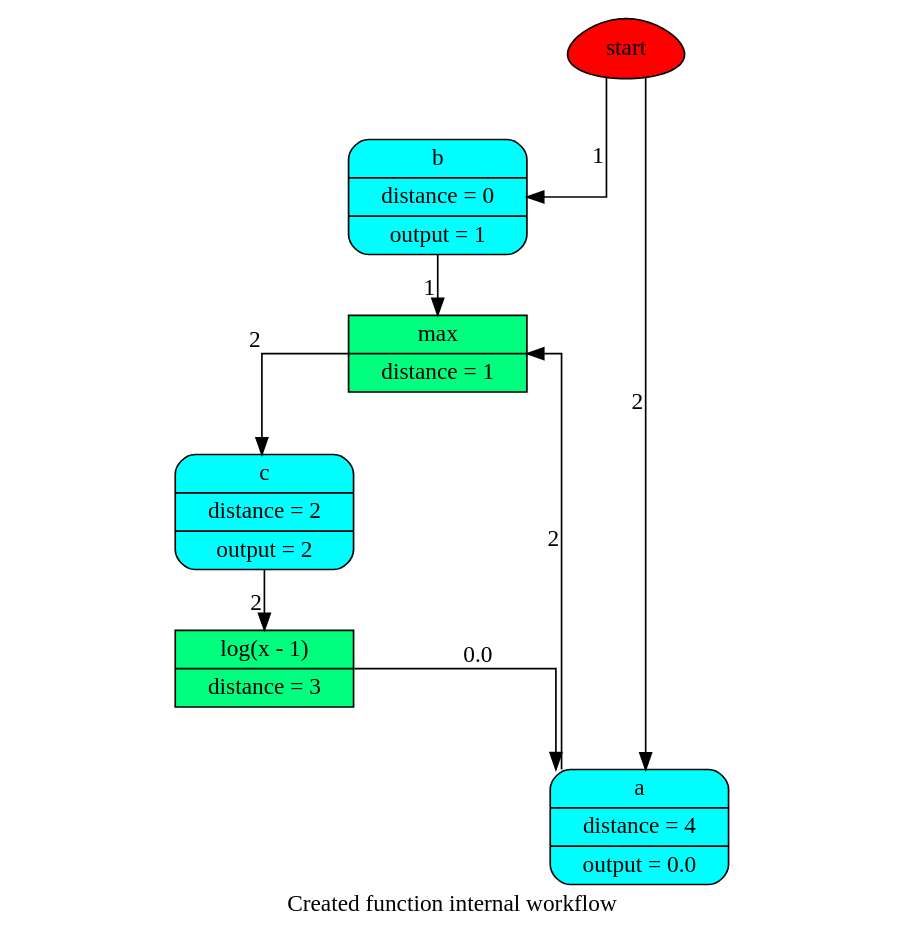
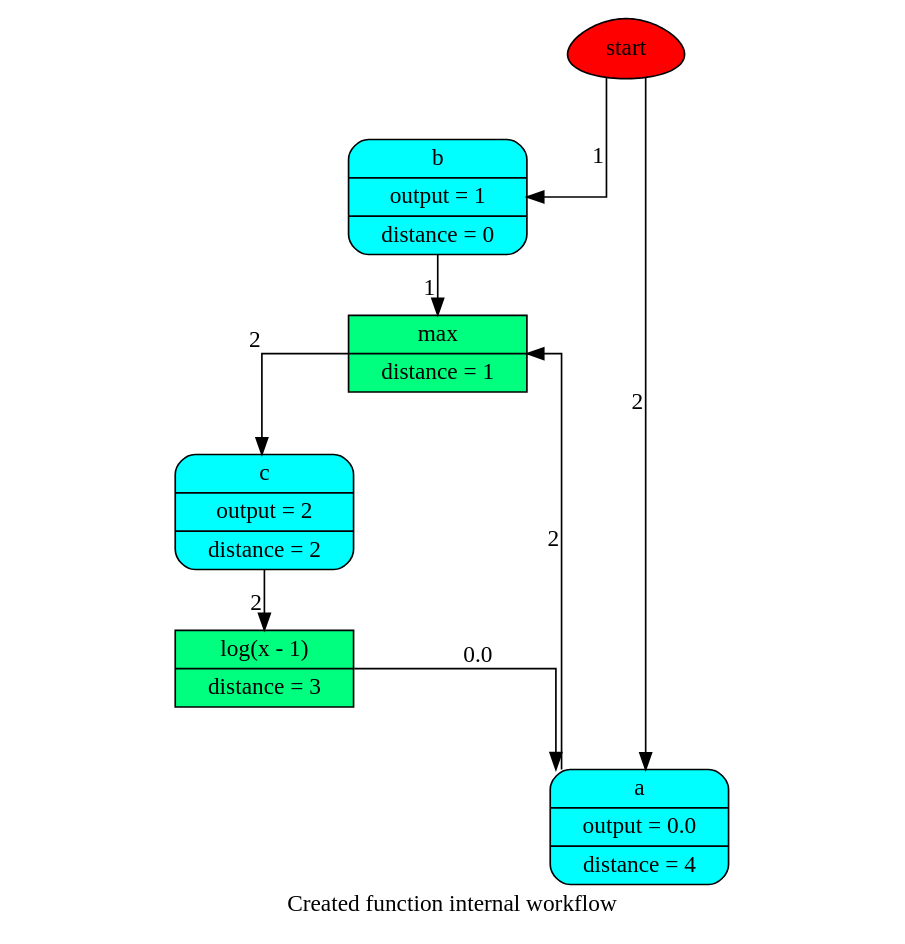
Before and after one commit to vinci1it2000/schedula: the diagram in doc/source/dispatcher/utils/dsp/SubDispatchFunction_wf1.dot, drawn with Graphviz. The commit also changed 23 other files, not shown here.

```diff
--- a/doc/source/dispatcher/utils/dsp/SubDispatchFunction_wf1.dot
+++ b/doc/source/dispatcher/utils/dsp/SubDispatchFunction_wf1.dot
@@ -1,19 +1,19 @@
 digraph "Created function internal" {
 	graph [ratio=1]
 	node [style=filled]
 	splines = ortho
 	label = "Created function internal workflow"
-		"Created function internal_4373643456" [label=start fillcolor=red shape=egg]
-		"Created function internal_8642698689935103924" [label="{ c | distance = 2 | output = 2 }" fillcolor=cyan shape=Mrecord]
-		"Created function internal_2662523110159922325" [label="{ max | distance = 1 }" fillcolor=springgreen shape=record]
-		"Created function internal_4091537378154039687" [label="{ b | distance = 0 | output = 1 }" fillcolor=cyan shape=Mrecord]
-		"Created function internal_86944050218403370" [label="{ log(x - 1) | distance = 3 }" fillcolor=springgreen shape=record]
-		"Created function internal_-1841214044933314468" [label="{ a | distance = 4 | output = 0.0 }" fillcolor=cyan shape=Mrecord]
-			"Created function internal_4373643456" -> "Created function internal_-1841214044933314468" [xlabel=2]
-			"Created function internal_4373643456" -> "Created function internal_4091537378154039687" [xlabel=1]
-			"Created function internal_8642698689935103924" -> "Created function internal_86944050218403370" [xlabel=2]
-			"Created function internal_2662523110159922325" -> "Created function internal_8642698689935103924" [xlabel=2]
-			"Created function internal_4091537378154039687" -> "Created function internal_2662523110159922325" [xlabel=1]
-			"Created function internal_86944050218403370" -> "Created function internal_-1841214044933314468" [xlabel=0.0]
-			"Created function internal_-1841214044933314468" -> "Created function internal_2662523110159922325" [xlabel=2]
+		"Created function internal_4372648248" [label=start fillcolor=red shape=egg]
+		"Created function internal_-5332545450788294608" [label="{ max | distance = 1 }" fillcolor=springgreen shape=record]
+		"Created function internal_-8069443800989944208" [label="{ c | output = 2 | distance = 2 }" fillcolor=cyan shape=Mrecord]
+		"Created function internal_-4868960230063457645" [label="{ b | output = 1 | distance = 0 }" fillcolor=cyan shape=Mrecord]
+		"Created function internal_-6154672520566587020" [label="{ a | output = 0.0 | distance = 4 }" fillcolor=cyan shape=Mrecord]
+		"Created function internal_2746156493996831173" [label="{ log(x - 1) | distance = 3 }" fillcolor=springgreen shape=record]
+			"Created function internal_-5332545450788294608" -> "Created function internal_-8069443800989944208" [xlabel=2]
+			"Created function internal_-8069443800989944208" -> "Created function internal_2746156493996831173" [xlabel=2]
+			"Created function internal_-4868960230063457645" -> "Created function internal_-5332545450788294608" [xlabel=1]
+			"Created function internal_-6154672520566587020" -> "Created function internal_-5332545450788294608" [xlabel=2]
+			"Created function internal_2746156493996831173" -> "Created function internal_-6154672520566587020" [xlabel=0.0]
+			"Created function internal_4372648248" -> "Created function internal_-4868960230063457645" [xlabel=1]
+			"Created function internal_4372648248" -> "Created function internal_-6154672520566587020" [xlabel=2]
 }
```
